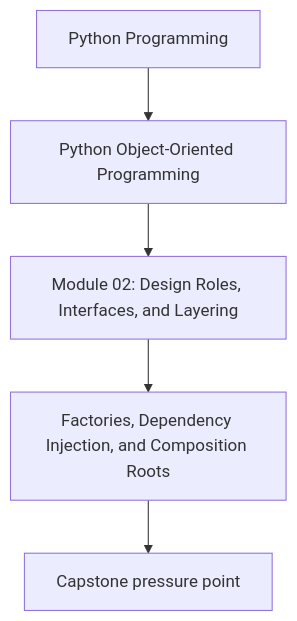
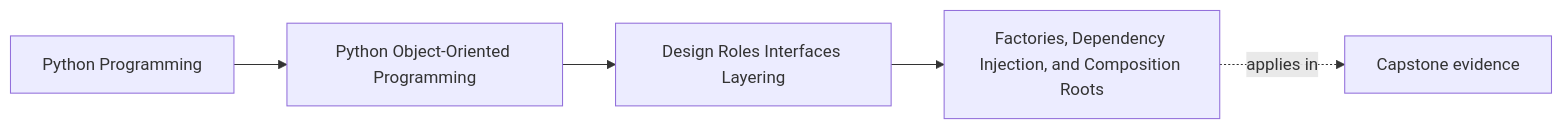
Before and after one commit to bijux/bijux-masterclass: the first of 2 diagrams in programs/python-programming/python-object-oriented-programming/course-book/module-02-design-roles-interfaces-layering/factories-dependency-injection-and-composition-roots.md, drawn with Mermaid. The commit also changed other lines of this file and 65 other files, not shown here.

Commit message:
docs(python-object-oriented-programming): map object model and design foundations

````diff
--- a/programs/python-programming/python-object-oriented-programming/course-book/module-02-design-roles-interfaces-layering/factories-dependency-injection-and-composition-roots.md
+++ b/programs/python-programming/python-object-oriented-programming/course-book/module-02-design-roles-interfaces-layering/factories-dependency-injection-and-composition-roots.md
@@ -7,7 +7,11 @@
 ```mermaid
-flowchart TD
-  family["Python Programming"] --> program["Python Object-Oriented Programming"]
-  program --> module["Module 02: Design Roles, Interfaces, and Layering"]
-  module --> concept["Factories, Dependency Injection, and Composition Roots"]
-  concept --> capstone["Capstone pressure point"]
+graph LR
+  family["Python Programming"]
+  program["Python Object-Oriented Programming"]
+  section["Design Roles Interfaces Layering"]
+  page["Factories, Dependency Injection, and Composition Roots"]
+  capstone["Capstone evidence"]
+
+  family --> program --> section --> page
+  page -.applies in.-> capstone
 ```
````
